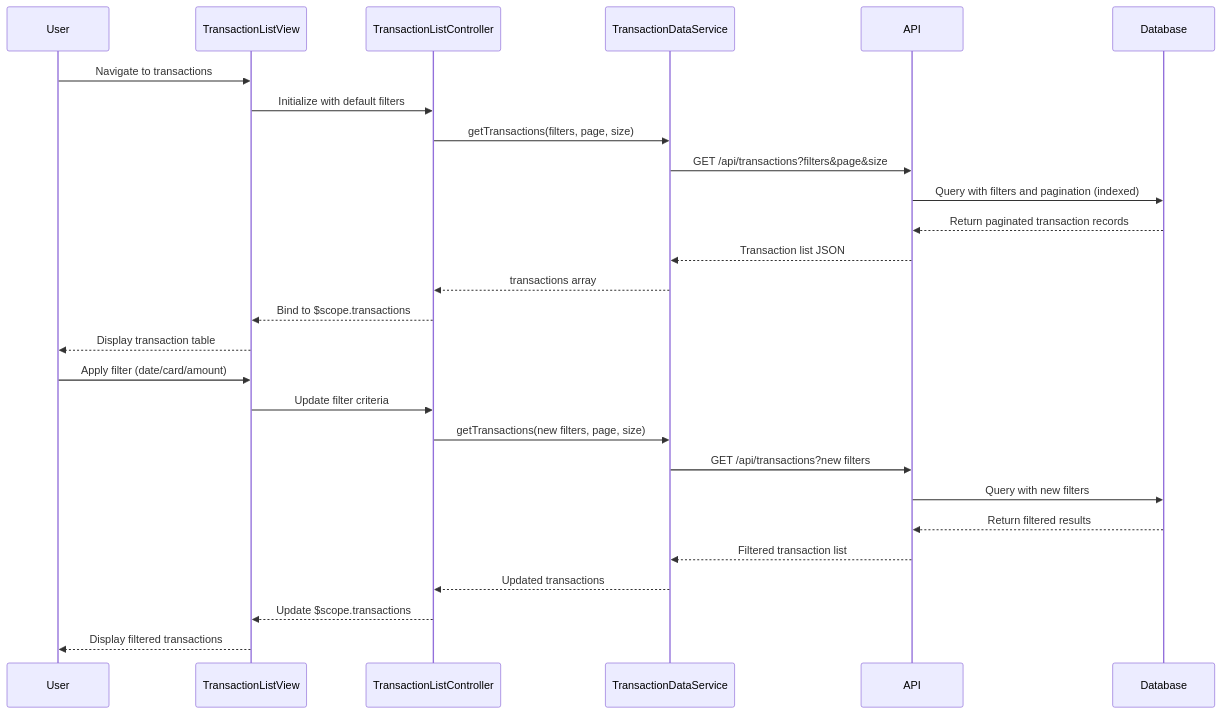
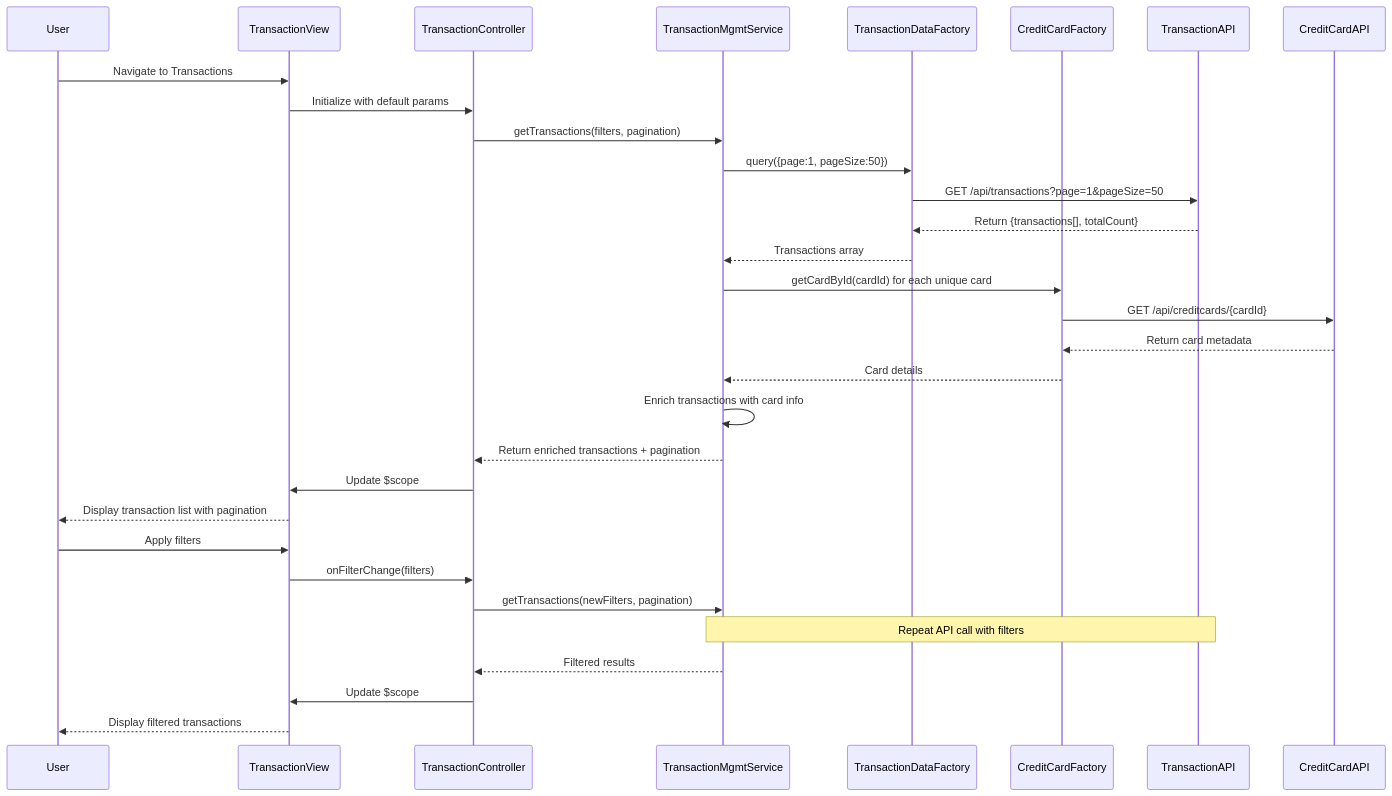
Before and after one commit to Davamani-git/APB_Demo: the diagram in LLD/QE-4644_LLD.md, drawn with Mermaid. The commit also changed other lines of this file and 2 other files, not shown here.

````diff
--- a/LLD/QE-4644_LLD.md
+++ b/LLD/QE-4644_LLD.md
@@ -106,30 +97,34 @@
 ```mermaid
 sequenceDiagram
     participant User
-    participant TransactionListView
-    participant TransactionListController
-    participant TransactionDataService
-    participant API
-    participant Database
+    participant TransactionView
+    participant TransactionController
+    participant TransactionMgmtService
+    participant TransactionDataFactory
+    participant CreditCardFactory
+    participant TransactionAPI
+    participant CreditCardAPI
 
-    User->>TransactionListView: Navigate to transactions
-    TransactionListView->>TransactionListController: Initialize with default filters
-    TransactionListController->>TransactionDataService: getTransactions(filters, page, size)
-    TransactionDataService->>API: GET /api/transactions?filters&page&size
-    API->>Database: Query with filters and pagination (indexed)
-    Database-->>API: Return paginated transaction records
-    API-->>TransactionDataService: Transaction list JSON
-    TransactionDataService-->>TransactionListController: transactions array
-    TransactionListController-->>TransactionListView: Bind to $scope.transactions
-    TransactionListView-->>User: Display transaction table
-    User->>TransactionListView: Apply filter (date/card/amount)
-    TransactionListView->>TransactionListController: Update filter criteria
-    TransactionListController->>TransactionDataService: getTransactions(new filters, page, size)
-    TransactionDataService->>API: GET /api/transactions?new filters
-    API->>Database: Query with new filters
-    Database-->>API: Return filtered results
-    API-->>TransactionDataService: Filtered transaction list
-    TransactionDataService-->>TransactionListController: Updated transactions
-    TransactionListController-->>TransactionListView: Update $scope.transactions
-    TransactionListView-->>User: Display filtered transactions
+    User->>TransactionView: Navigate to Transactions
+    TransactionView->>TransactionController: Initialize with default params
+    TransactionController->>TransactionMgmtService: getTransactions(filters, pagination)
+    TransactionMgmtService->>TransactionDataFactory: query({page:1, pageSize:50})
+    TransactionDataFactory->>TransactionAPI: GET /api/transactions?page=1&pageSize=50
+    TransactionAPI-->>TransactionDataFactory: Return {transactions[], totalCount}
+    TransactionDataFactory-->>TransactionMgmtService: Transactions array
+    TransactionMgmtService->>CreditCardFactory: getCardById(cardId) for each unique card
+    CreditCardFactory->>CreditCardAPI: GET /api/creditcards/{cardId}
+    CreditCardAPI-->>CreditCardFactory: Return card metadata
+    CreditCardFactory-->>TransactionMgmtService: Card details
+    TransactionMgmtService->>TransactionMgmtService: Enrich transactions with card info
+    TransactionMgmtService-->>TransactionController: Return enriched transactions + pagination
+    TransactionController->>TransactionView: Update $scope
+    TransactionView-->>User: Display transaction list with pagination
+    User->>TransactionView: Apply filters
+    TransactionView->>TransactionController: onFilterChange(filters)
+    TransactionController->>TransactionMgmtService: getTransactions(newFilters, pagination)
+    Note over TransactionMgmtService,TransactionAPI: Repeat API call with filters
+    TransactionMgmtService-->>TransactionController: Filtered results
+    TransactionController->>TransactionView: Update $scope
+    TransactionView-->>User: Display filtered transactions
 ```
````
